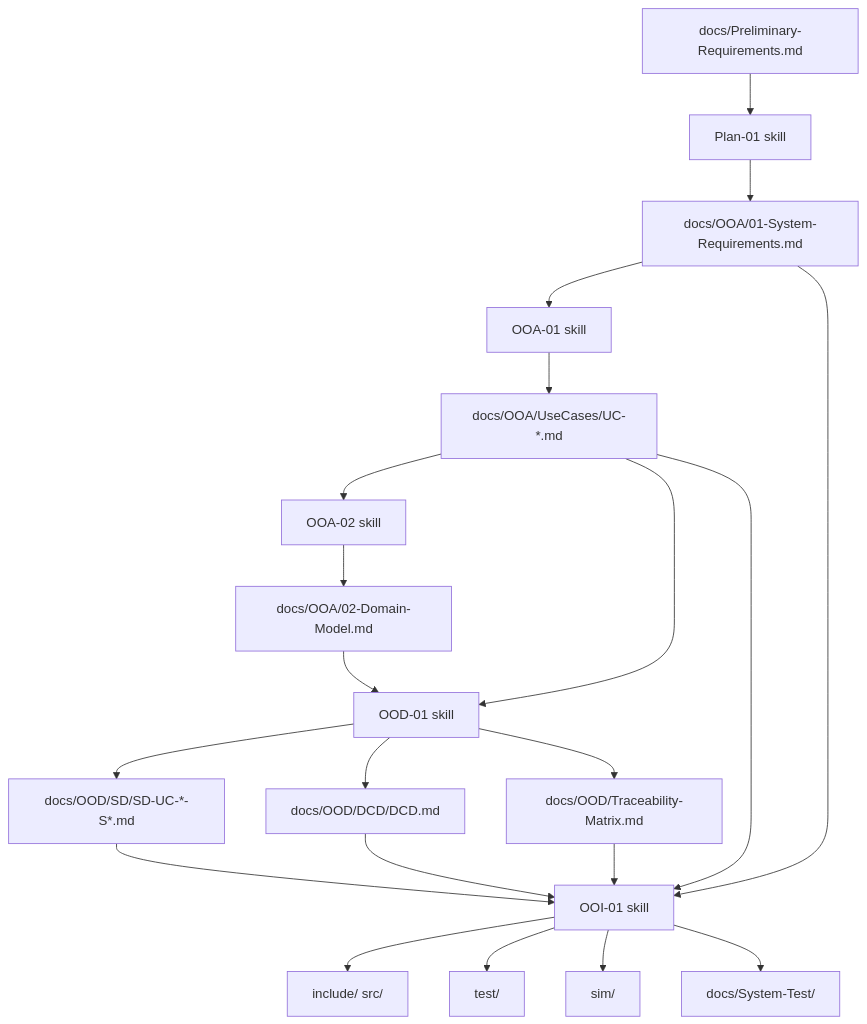
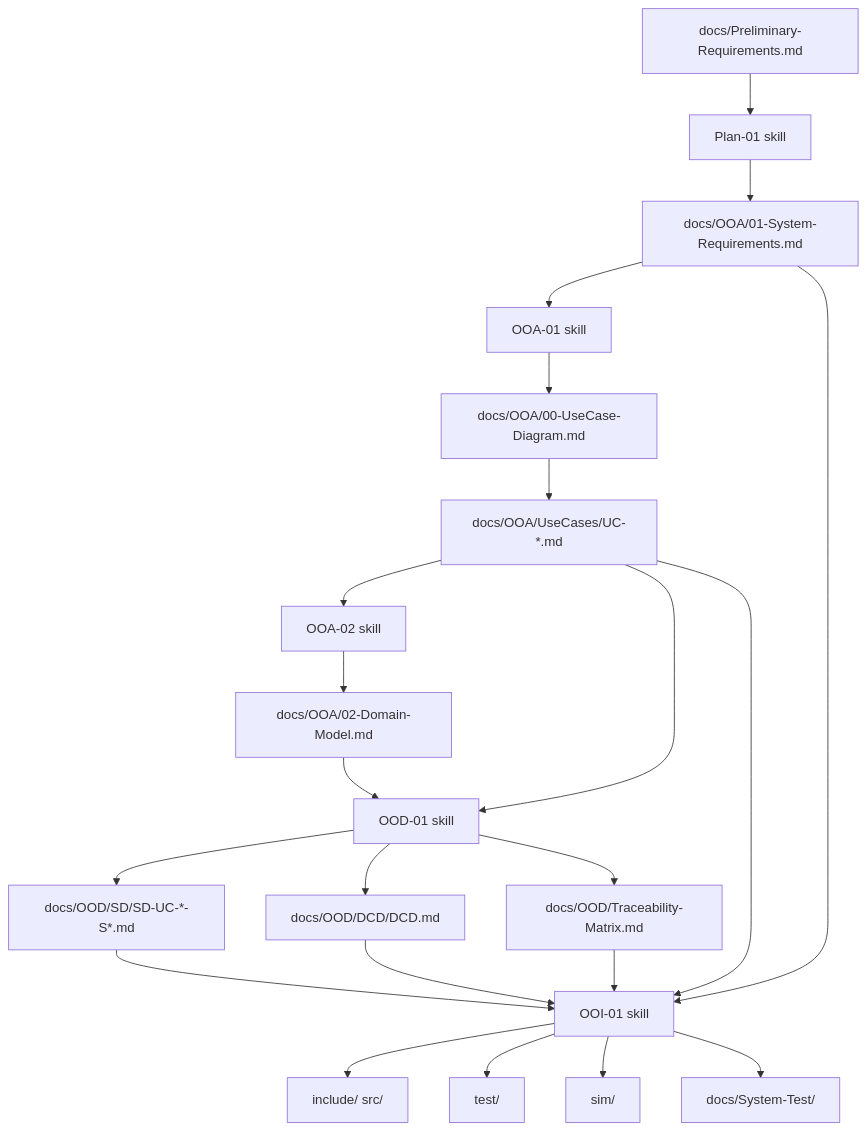
One commit to yul2yak/rvc_control_ooad changed the diagram in docs/README.md. Above: the diagram before and after it, drawn with Mermaid. The commit also changed other lines of this file and 9 other files, not shown here.

Commit message:
Use Case Diagram 추가, 스킬 추가

````diff
--- a/docs/README.md
+++ b/docs/README.md
@@ -7,23 +7,24 @@
 ```mermaid
 flowchart TD
   PR[docs/Preliminary-Requirements.md] --> Plan[Plan-01 skill]
   Plan --> SR[docs/OOA/01-System-Requirements.md]
   SR --> UC[OOA-01 skill]
-  UC --> UCs[docs/OOA/UseCases/UC-*.md]
+  UC --> UCD[docs/OOA/00-UseCase-Diagram.md]
+  UCD --> UCs[docs/OOA/UseCases/UC-*.md]
   UCs --> DM[OOA-02 skill]
   DM --> DMdoc[docs/OOA/02-Domain-Model.md]
   UCs --> OOD[OOD-01 skill]
   DMdoc --> OOD
   OOD --> SD[docs/OOD/SD/SD-UC-*-S*.md]
   OOD --> DCD[docs/OOD/DCD/DCD.md]
   OOD --> TM[docs/OOD/Traceability-Matrix.md]
   SD --> OOI[OOI-01 skill]
   DCD --> OOI
   TM --> OOI
   SR --> OOI
   UCs --> OOI
   OOI --> Code[include/ src/]
   OOI --> Test[test/]
   OOI --> Sim[sim/]
   OOI --> ST[docs/System-Test/]
 ```
````
